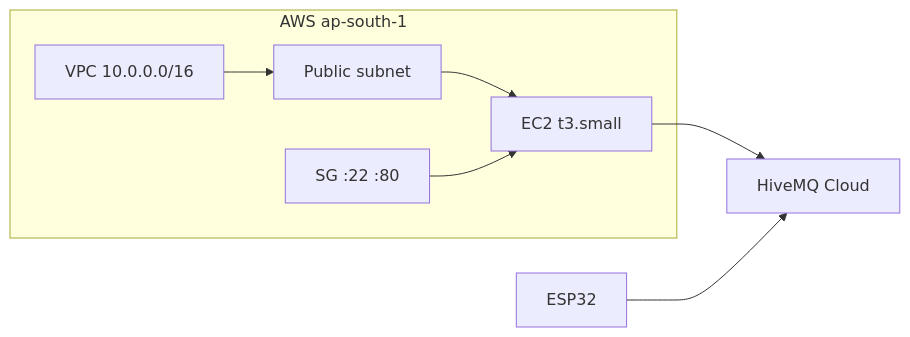
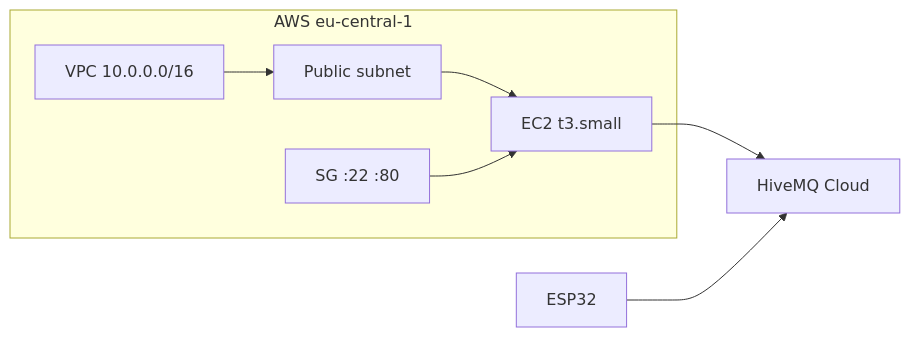
The diagram in infra/README.md (sonusaji09-himmel/smart-greenhouse-backend), drawn with Mermaid before and after one commit. The commit also changed other lines of this file and 2 other files, not shown here.

Commit message:
docs: enhance README and infra documentation with Terraform automation details, clarify ESP32 actuator command limitations, and update AWS region to eu-central-1

````diff
--- a/infra/README.md
+++ b/infra/README.md
@@ -95,13 +104,13 @@
 ```mermaid
 flowchart LR
-  subgraph aws [AWS ap-south-1]
+  subgraph aws [AWS eu-central-1]
     VPC[VPC 10.0.0.0/16]
     Subnet[Public subnet]
   EC2[EC2 t3.small]
   SG[SG :22 :80]
   VPC --> Subnet --> EC2
   SG --> EC2
   end
   EC2 --> HiveMQ[HiveMQ Cloud]
   ESP32[ESP32] --> HiveMQ
 ```
````
